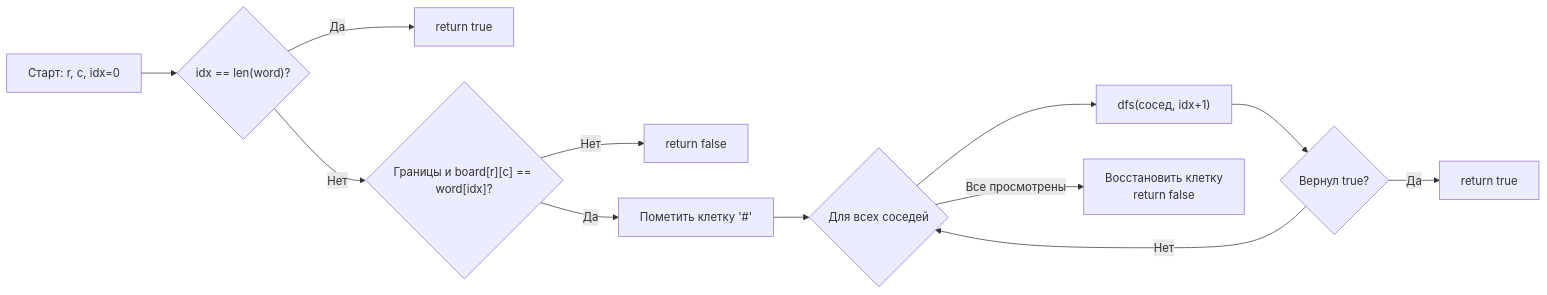
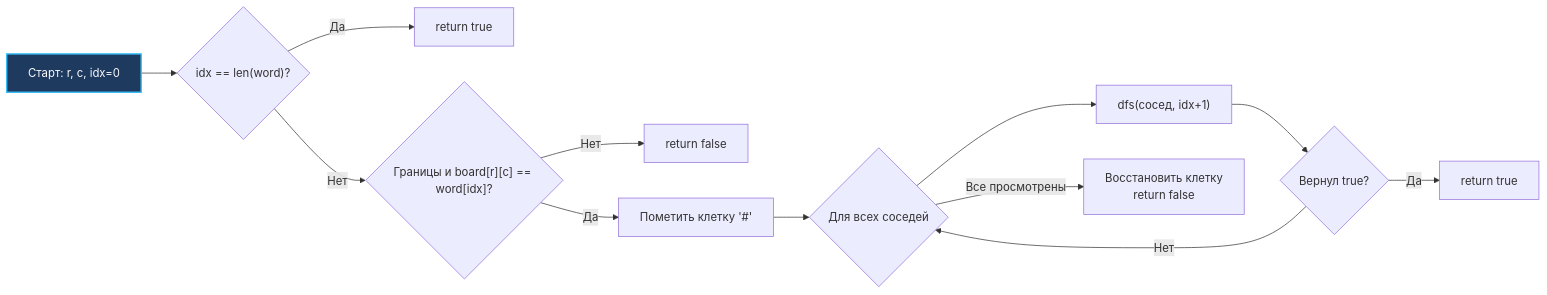
The diagram in sources/21. Задачи с LeetCode и собеседований на Go/02. Задачи/10. Backtracking/8. Word Search.md (UnrealTemplier/go-textbook), drawn with Mermaid before and after one commit. The commit also changed 1666 other files, not shown here.

First line of the commit message:
feat(mermaid): add semantic color classDef to 1369 colorless flowchart/graph diagrams

````diff
--- a/sources/21. Задачи с LeetCode и собеседований на Go/02. Задачи/10. Backtracking/8. Word Search.md
+++ b/sources/21. Задачи с LeetCode и собеседований на Go/02. Задачи/10. Backtracking/8. Word Search.md
@@ -96,14 +96,24 @@
 ```mermaid
 flowchart LR
-    A["Старт: r, c, idx=0"] --> B{"idx == len(word)?"}
+    classDef process  fill:#1e293b,stroke:#38bdf8,stroke-width:1px,color:#f8fafc
+    classDef success  fill:#064e3b,stroke:#34d399,stroke-width:1px,color:#f8fafc
+    classDef error    fill:#7f1d1d,stroke:#f87171,stroke-width:1px,color:#f8fafc
+    classDef warning  fill:#78350f,stroke:#fbbf24,stroke-width:1px,color:#f8fafc
+    classDef entry    fill:#1e3a5f,stroke:#38bdf8,stroke-width:2px,color:#f8fafc
+    classDef aux      fill:#334155,stroke:#64748b,stroke-width:1px,color:#f8fafc
+    classDef system   fill:#312e81,stroke:#a78bfa,stroke-width:1px,color:#f8fafc
+    classDef data     fill:#132d29,stroke:#2dd4bf,stroke-width:1px,color:#f8fafc
+    classDef network  fill:#881337,stroke:#fb7185,stroke-width:1px,color:#f8fafc
+    classDef accent   fill:#1e1b4b,stroke:#818cf8,stroke-width:1px,color:#f8fafc
+    A["Старт: r, c, idx=0"]:::entry --> B{"idx == len(word)?"}
     B -->|"Да"| C["return true"]
     B -->|"Нет"| D{"Границы и board[r][c] == word[idx]?"}
     D -->|"Нет"| E["return false"]
     D -->|"Да"| F["Пометить клетку '#'"]
     F --> G{"Для всех соседей"}
     G --> H["dfs(сосед, idx+1)"]
     H --> I{"Вернул true?"}
     I -->|"Да"| J["return true"]
     I -->|"Нет"| G
     G -->|"Все просмотрены"| K["Восстановить клетку<br>return false"]
 ```
````
